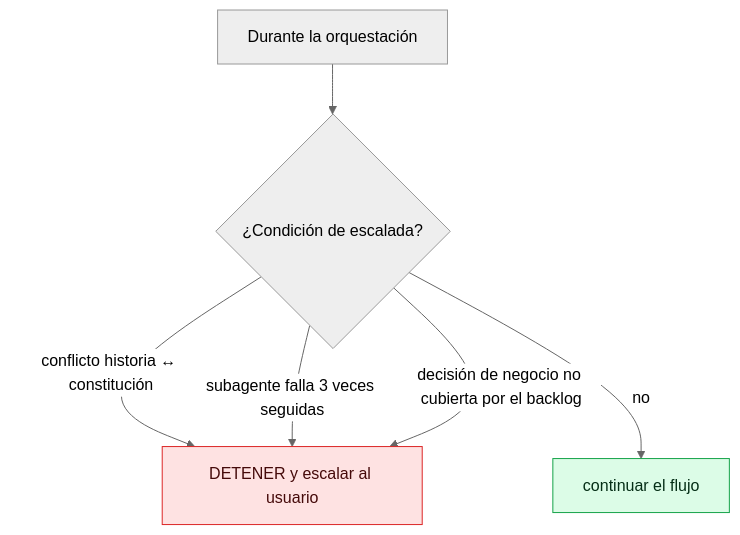
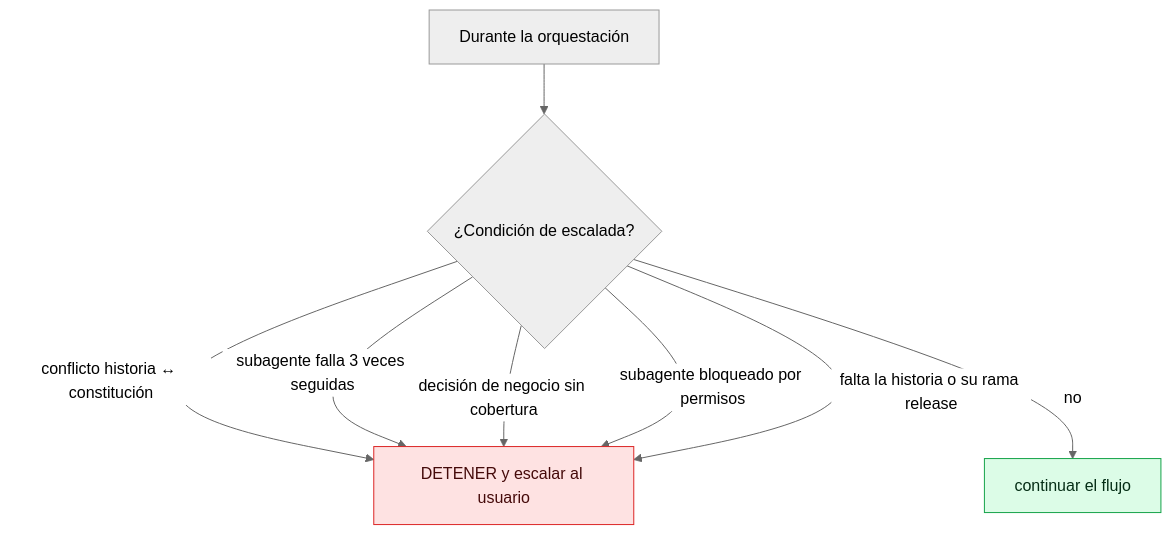
One commit to JairoHGomezCastillo/hubx changed the fifth of 5 diagrams in docs/diagramas/05-flujos-agenticos.md. Above: the diagram before and after it, drawn with Mermaid (neutral theme). The commit also changed other lines of this file and 6 other files, not shown here.

Commit message:
[agent:hubx-lead] 011 update docs/diagramas to the current state

````diff
--- a/docs/diagramas/05-flujos-agenticos.md
+++ b/docs/diagramas/05-flujos-agenticos.md
@@ -129,13 +145,15 @@
 ```mermaid
 flowchart TB
     START["Durante la orquestación"] --> COND{"¿Condición de escalada?"}
     COND -->|"conflicto historia ↔ constitución"| ESC["DETENER y escalar al usuario"]
     COND -->|"subagente falla 3 veces seguidas"| ESC
-    COND -->|"decisión de negocio no cubierta por el backlog"| ESC
+    COND -->|"decisión de negocio sin cobertura"| ESC
+    COND -->|"subagente bloqueado por permisos"| ESC
+    COND -->|"falta la historia o su rama release"| ESC
     COND -->|"no"| CONT["continuar el flujo"]
 
     classDef stop fill:#fee2e2,stroke:#dc2626,color:#450a0a;
     classDef go fill:#dcfce7,stroke:#16a34a,color:#052e16;
     class ESC stop;
     class CONT go;
 ```
````
